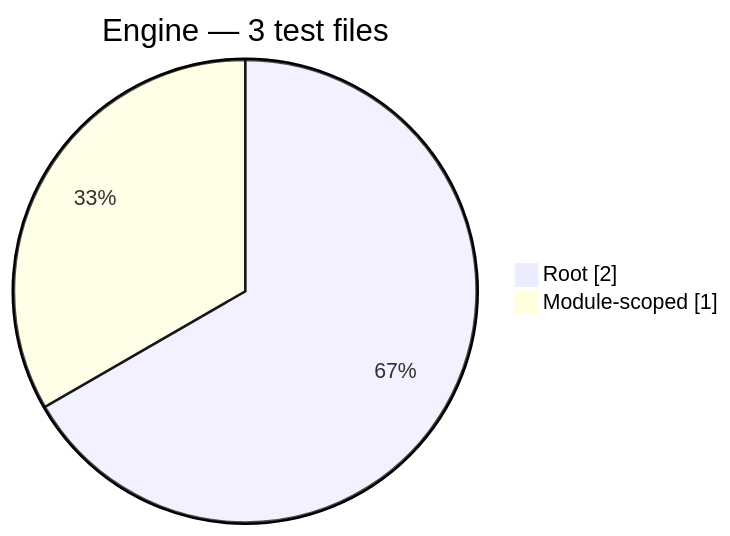
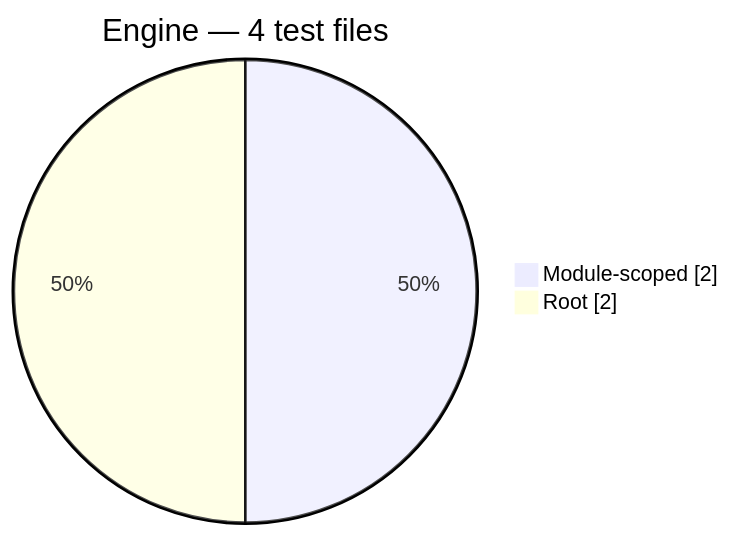
Before and after one commit to Mohammed-Alama/php-arazzo: the seventh of 12 diagrams in docs/generated/test-composition.md, drawn with Mermaid. The commit also changed other lines of this file and 18 other files, not shown here.

````diff
--- a/docs/generated/test-composition.md
+++ b/docs/generated/test-composition.md
@@ -94,6 +94,6 @@
 ```mermaid
 pie showData
-    title Engine — 3 test files
+    title Engine — 4 test files
+    "Module-scoped": 2
     "Root": 2
-    "Module-scoped": 1
 ```
````
